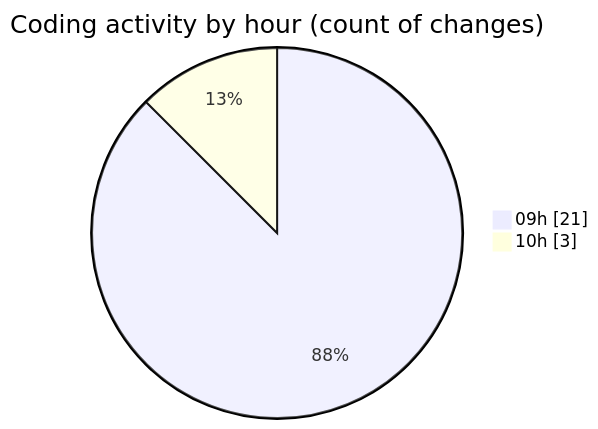
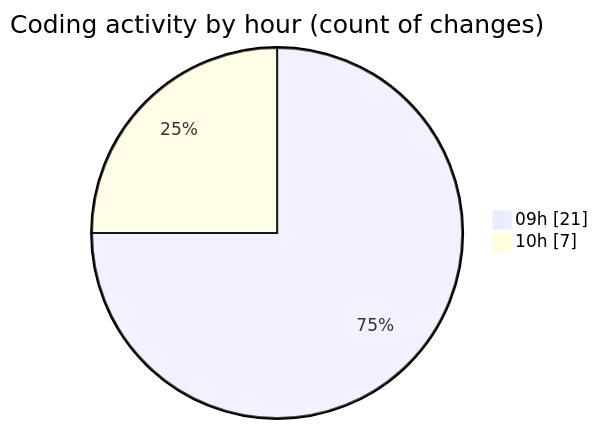
The second of 2 diagrams in 2025-12-01/cda/README.md (momahboobian/code-tracking), drawn with Mermaid before and after one commit. The commit also changed other lines of this file and 1 other file, not shown here.

````diff
--- a/2025-12-01/cda/README.md
+++ b/2025-12-01/cda/README.md
@@ -42,6 +44,6 @@
 ```mermaid
 pie showData
 title Coding activity by hour (count of changes)
 "09h" : 21
-"10h" : 3
+"10h" : 7
 ```
````
